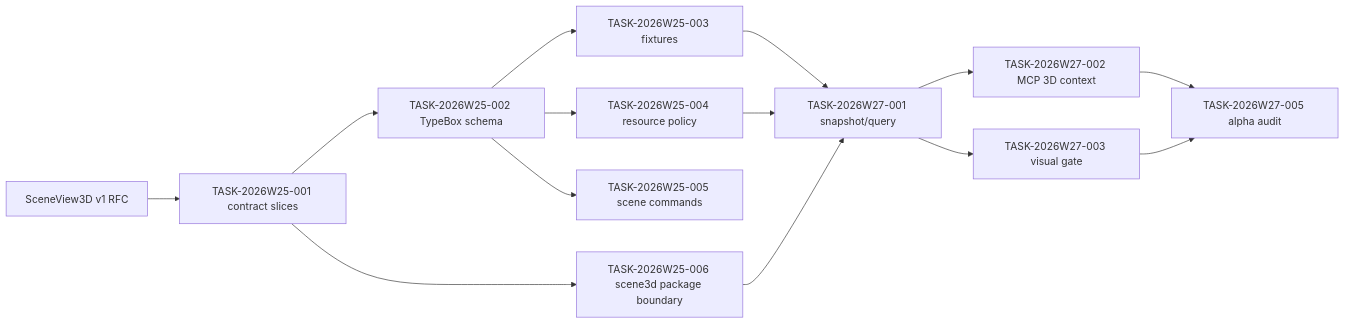
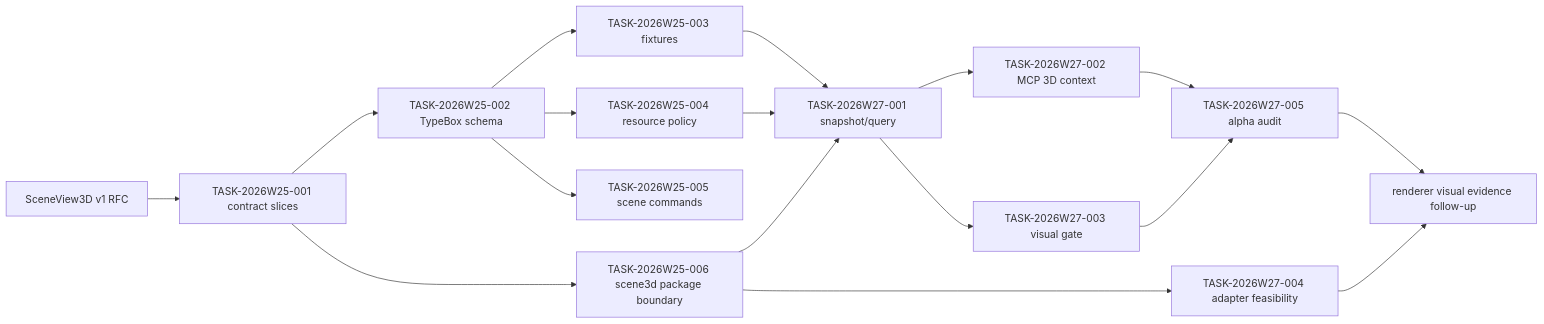
One commit to HYNCM/gis-engine changed the second of 2 diagrams in docs/planning/dependency-graph.md. Above: the diagram before and after it, drawn with Mermaid. The commit also changed other lines of this file and 9 other files, not shown here.

````diff
--- a/docs/planning/dependency-graph.md
+++ b/docs/planning/dependency-graph.md
@@ -77,16 +78,19 @@
 ```mermaid
 flowchart LR
   A["SceneView3D v1 RFC"] --> B["TASK-2026W25-001 contract slices"]
   B --> C["TASK-2026W25-002 TypeBox schema"]
   C --> D["TASK-2026W25-003 fixtures"]
   C --> E["TASK-2026W25-004 resource policy"]
   C --> F["TASK-2026W25-005 scene commands"]
   B --> G["TASK-2026W25-006 scene3d package boundary"]
   D --> H["TASK-2026W27-001 snapshot/query"]
   E --> H
   G --> H
   H --> I["TASK-2026W27-002 MCP 3D context"]
   H --> J["TASK-2026W27-003 visual gate"]
+  G --> L["TASK-2026W27-004 adapter feasibility"]
   I --> K["TASK-2026W27-005 alpha audit"]
   J --> K
+  K --> M["renderer visual evidence follow-up"]
+  L --> M
 ```
````
